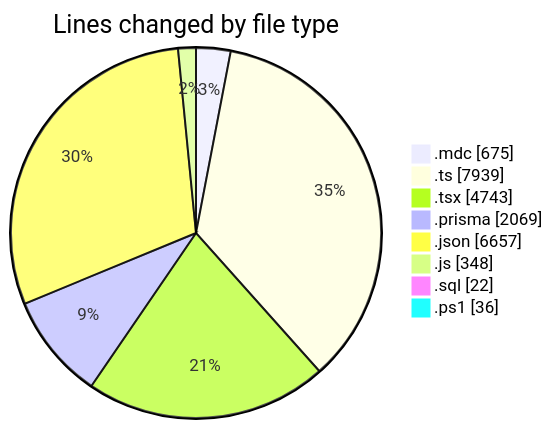
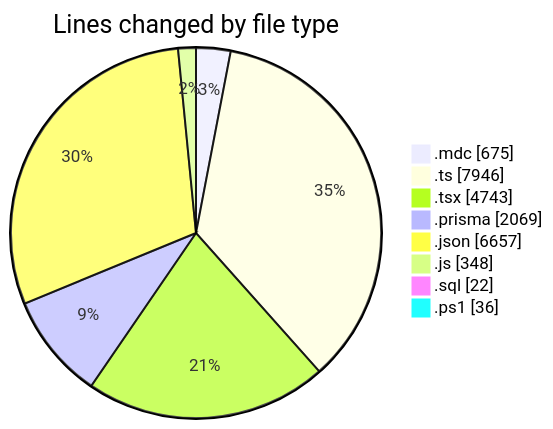
One commit to CELIANVF/code-tracking changed the first of 2 diagrams in 2025-06-05/ecodeli-1/README.md. Above: the diagram before and after it, drawn with Mermaid. The commit also changed other lines of this file and 1 other file, not shown here.

````diff
--- a/2025-06-05/ecodeli-1/README.md
+++ b/2025-06-05/ecodeli-1/README.md
@@ -65,12 +66,12 @@
 ```mermaid
 pie showData
 title Lines changed by file type
 ".mdc" : 675
-".ts" : 7939
+".ts" : 7946
 ".tsx" : 4743
 ".prisma" : 2069
 ".json" : 6657
 ".js" : 348
 ".sql" : 22
 ".ps1" : 36
 ```
````
